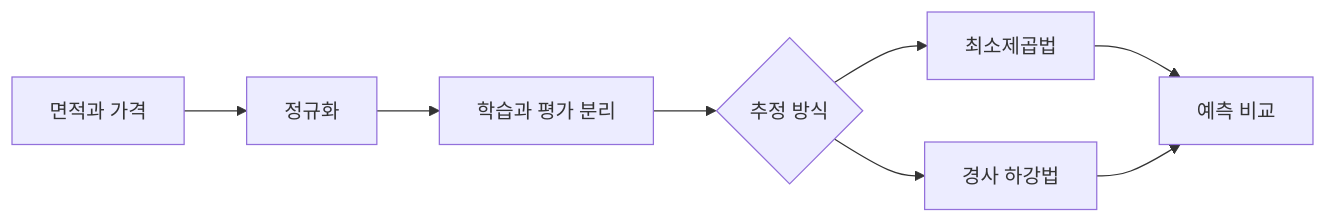
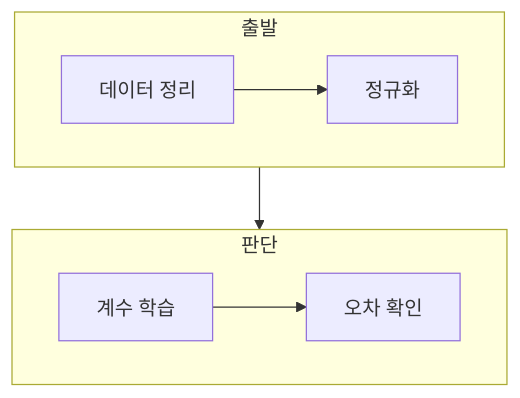
The diagram in ComputerScience/03_ai-ml-data/machine-learning/notes/01. 단일 선형 회귀 - LSM과 경사 하강법.md (umyunsang/edu), drawn with Mermaid before and after one commit. The commit also changed other lines of this file and 8 other files, not shown here.

````diff
--- a/ComputerScience/03_ai-ml-data/machine-learning/notes/01. 단일 선형 회귀 - LSM과 경사 하강법.md
+++ b/ComputerScience/03_ai-ml-data/machine-learning/notes/01. 단일 선형 회귀 - LSM과 경사 하강법.md
@@ -20,10 +23,12 @@
 ```mermaid
-flowchart LR
-  A[면적과 가격] --> B[정규화]
-  B --> C[학습과 평가 분리]
-  C --> D{추정 방식}
-  D --> E[최소제곱법]
-  D --> F[경사 하강법]
-  E --> G[예측 비교]
-  F --> G
+flowchart TB
+    subgraph Input[출발]
+        direction LR
+        A[데이터 정리] --> B[정규화]
+    end
+    subgraph Decision[판단]
+        direction LR
+        C[계수 학습] --> D[오차 확인]
+    end
+    B --> C
 ```
````
